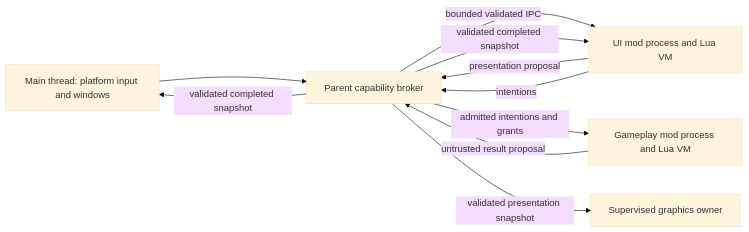
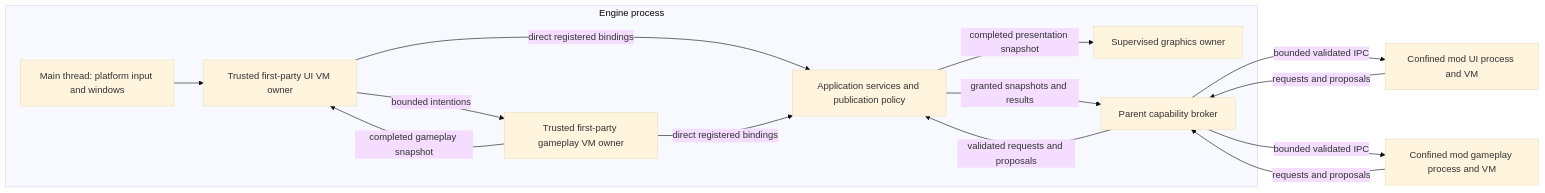
The second of 2 diagrams in docs/lua_runtime_design.md (coghex/hetoimasia), drawn with Mermaid (base theme) before and after one commit. The commit also changed other lines of this file and 4 other files, not shown here.

````diff
--- a/docs/lua_runtime_design.md
+++ b/docs/lua_runtime_design.md
@@ -349,12 +403,17 @@
 ```mermaid
 flowchart LR
-    Main[Main thread: platform input and windows] --> Broker[Parent capability broker]
-    Broker -->|bounded validated IPC| UI[UI mod process and Lua VM]
-    UI -->|presentation proposal| Broker
-    UI -->|intentions| Broker
-    Broker -->|admitted intentions and grants| Game[Gameplay mod process and Lua VM]
-    Game -->|untrusted result proposal| Broker
-    Broker -->|validated completed snapshot| UI
-    Broker -->|validated completed snapshot| Main
-    Broker -->|validated presentation snapshot| Graphics[Supervised graphics owner]
+    subgraph Engine[Engine process]
+      Main[Main thread: platform input and windows] --> UI[Trusted first-party UI VM owner]
+      UI -->|bounded intentions| Game[Trusted first-party gameplay VM owner]
+      Game -->|completed gameplay snapshot| UI
+      UI -->|direct registered bindings| Services[Application services and publication policy]
+      Game -->|direct registered bindings| Services
+      Services -->|completed presentation snapshot| Graphics[Supervised graphics owner]
+      Broker[Parent capability broker] -->|validated requests and proposals| Services
+      Services -->|granted snapshots and results| Broker
+    end
+    Broker -->|bounded validated IPC| ModUI[Confined mod UI process and VM]
+    ModUI -->|requests and proposals| Broker
+    Broker -->|bounded validated IPC| ModGame[Confined mod gameplay process and VM]
+    ModGame -->|requests and proposals| Broker
 ```
````
